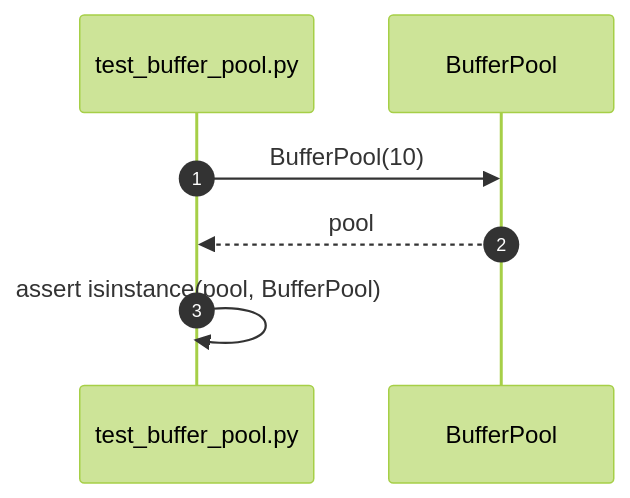
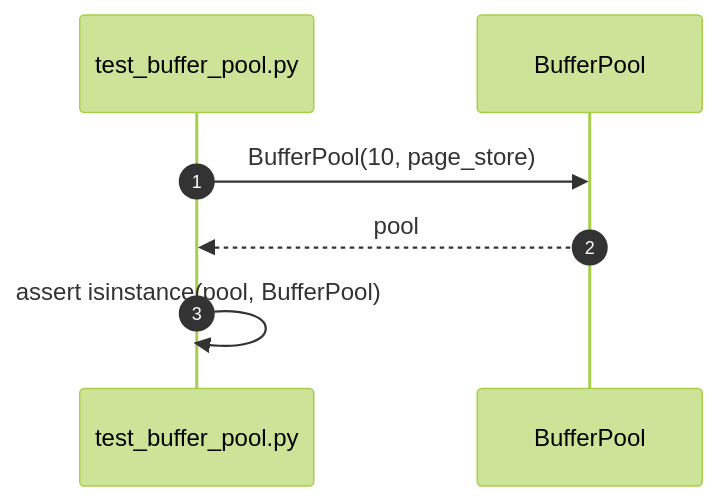
Before and after one commit to taitran501/DBMS: the first of 56 diagrams in diagrams/sequence/storage_engine.md, drawn with Mermaid (forest theme). The commit also changed other lines of this file and 5 other files, not shown here.

Commit message:
test: define buffer pool and Storage Engine

````diff
--- a/diagrams/sequence/storage_engine.md
+++ b/diagrams/sequence/storage_engine.md
@@ -11,10 +11,10 @@
 ```mermaid
 sequenceDiagram
     autonumber
     participant Test as test_buffer_pool.py
     participant SUT as BufferPool
 
-    Test->>SUT: BufferPool(10)
+    Test->>SUT: BufferPool(10, page_store)
     SUT-->>Test: pool
     Test->>Test: assert isinstance(pool, BufferPool)
 ```
````
